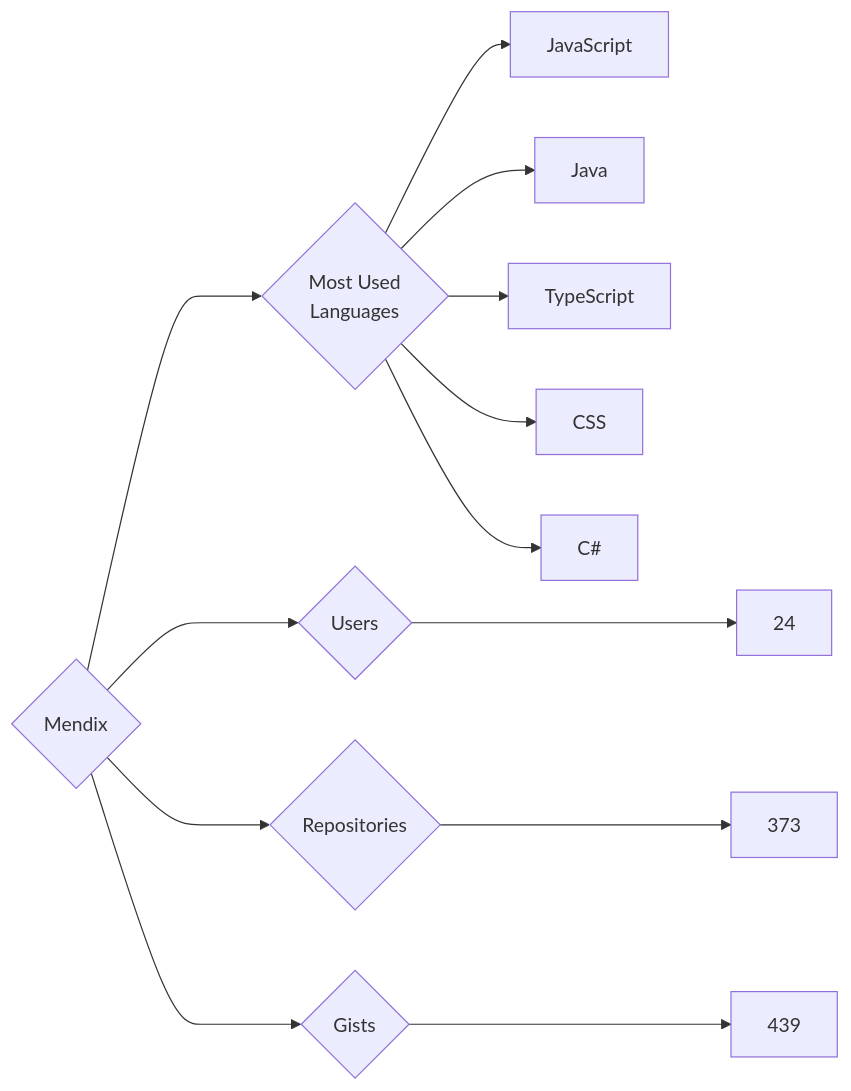
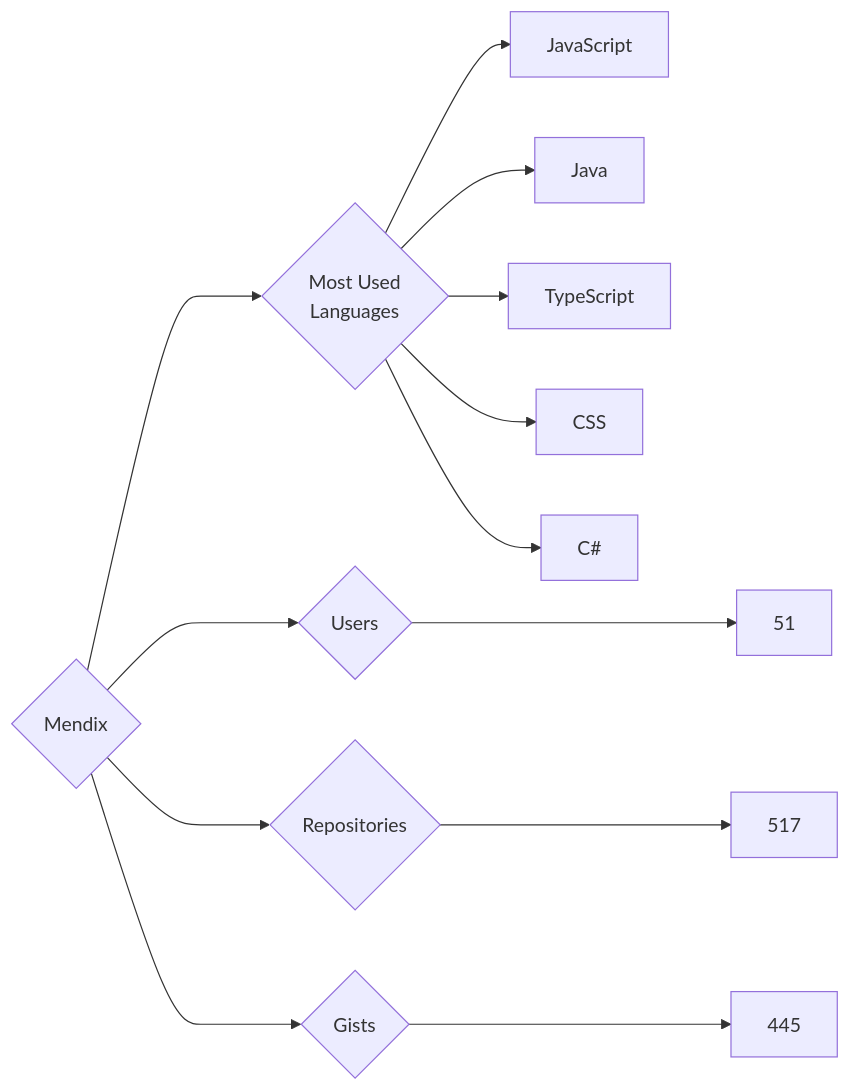
Before and after one commit to trickest/insiders: the diagram in targets/Mendix/README.md, drawn with Mermaid. The commit also changed 953 other files, not shown here.

````diff
--- a/targets/Mendix/README.md
+++ b/targets/Mendix/README.md
@@ -3,13 +3,13 @@
 ```mermaid
 graph LR
 COMPANY_NAME{Mendix}
-COMPANY_NAME ---> U{Users} ---> UN[24]
-COMPANY_NAME ---> R{Repositories} ---> RN[373]
-COMPANY_NAME ---> G{Gists} ---> GN[439]
+COMPANY_NAME ---> U{Users} ---> UN[51]
+COMPANY_NAME ---> R{Repositories} ---> RN[517]
+COMPANY_NAME ---> G{Gists} ---> GN[445]
 COMPANY_NAME ---> ML{Most Used<br>Languages}
 ML --> JavaScript[JavaScript]
 ML --> Java[Java]
 ML --> TypeScript[TypeScript]
 ML --> CSS[CSS]
 ML --> C#[C#]
 ```
````
